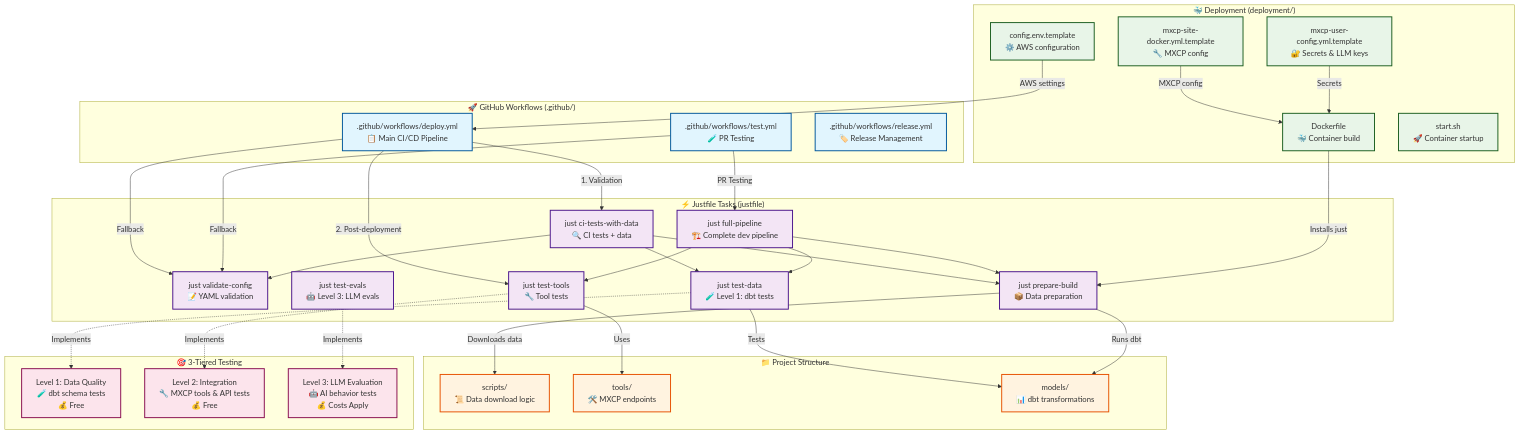
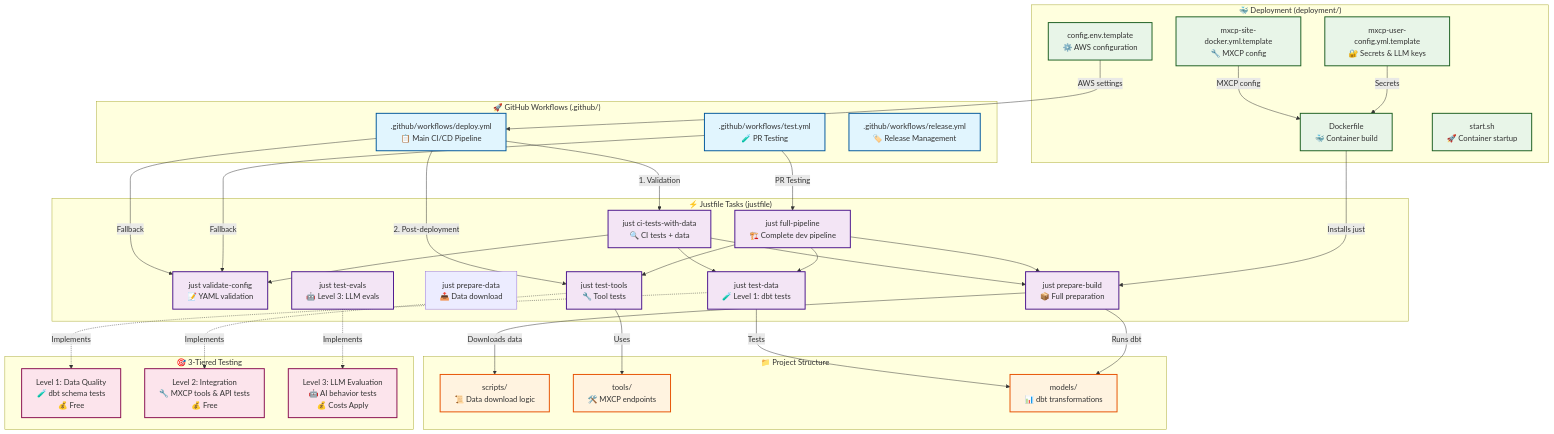
Before and after one commit to raw-labs/mxcp-project-deployment-template: the diagram in README.md, drawn with Mermaid. The commit also changed other lines of this file and 6 other files, not shown here.

```diff
--- a/README.md
+++ b/README.md
@@ -66,7 +71,8 @@
         CiTests["just ci-tests-with-data<br/>🔍 CI tests + data"]
         FullPipeline["just full-pipeline<br/>🏗️ Complete dev pipeline"]
         TestTools["just test-tools<br/>🔧 Tool tests"]
-        PrepareBuild["just prepare-build<br/>📦 Data preparation"]
+        PrepareData["just prepare-data<br/>📥 Data download"]
+        PrepareBuild["just prepare-build<br/>📦 Full preparation"]
         TestData["just test-data<br/>🧪 Level 1: dbt tests"]
         TestEvals["just test-evals<br/>🤖 Level 3: LLM evals"]
     end
```
